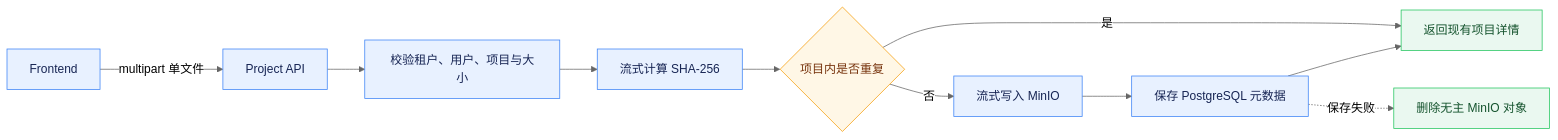
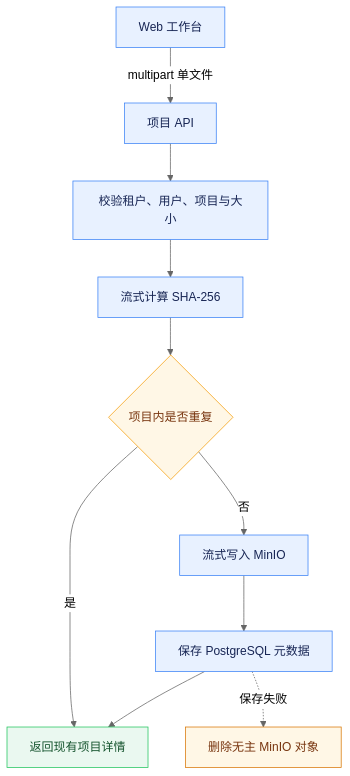
The diagram in agent-doc/业务功能/项目深挖与材料管理.md (Logistic98/job-buddy), drawn with Mermaid (neutral theme) before and after one commit. The commit also changed other lines of this file and 32 other files, not shown here.

````diff
--- a/agent-doc/业务功能/项目深挖与材料管理.md
+++ b/agent-doc/业务功能/项目深挖与材料管理.md
@@ -32,19 +23,21 @@
 ```mermaid
-graph LR
-    FE[Frontend] -->|multipart 单文件| BE[Project API]
+graph TD
+    FE[Web 工作台] -->|multipart 单文件| BE[项目 API]
     BE --> V["校验租户、用户、项目与大小"]
     V --> H[流式计算 SHA-256]
     H --> D{项目内是否重复}
     D -->|是| R[返回现有项目详情]
     D -->|否| O[流式写入 MinIO]
     O --> M[保存 PostgreSQL 元数据]
     M --> R
     M -.->|保存失败| C[删除无主 MinIO 对象]
 
     classDef process fill:#E8F1FF,stroke:#3B82F6,color:#172554;
     classDef decision fill:#FFF7E6,stroke:#F59E0B,color:#78350F;
     classDef result fill:#EAF8F0,stroke:#22C55E,color:#14532D;
+    classDef cleanup fill:#FFF7E6,stroke:#D97706,color:#78350F;
     class FE,BE,V,H,O,M process;
     class D decision;
-    class R,C result;
+    class R result;
+    class C cleanup;
 ```
````
